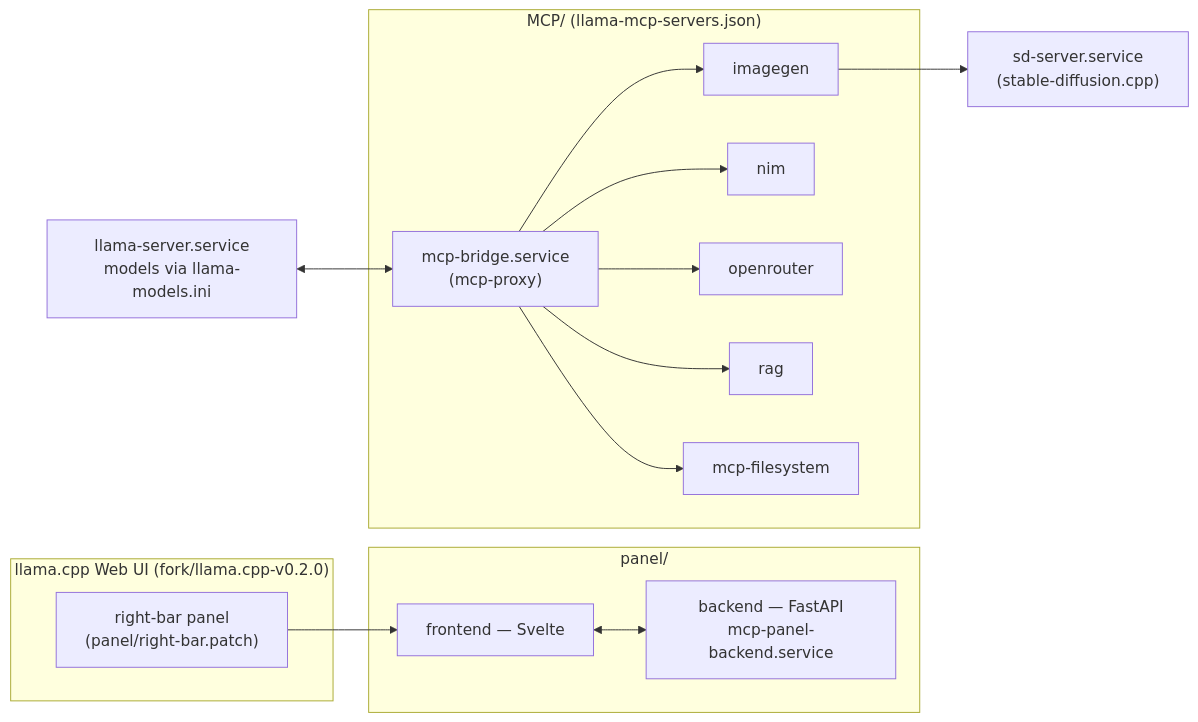
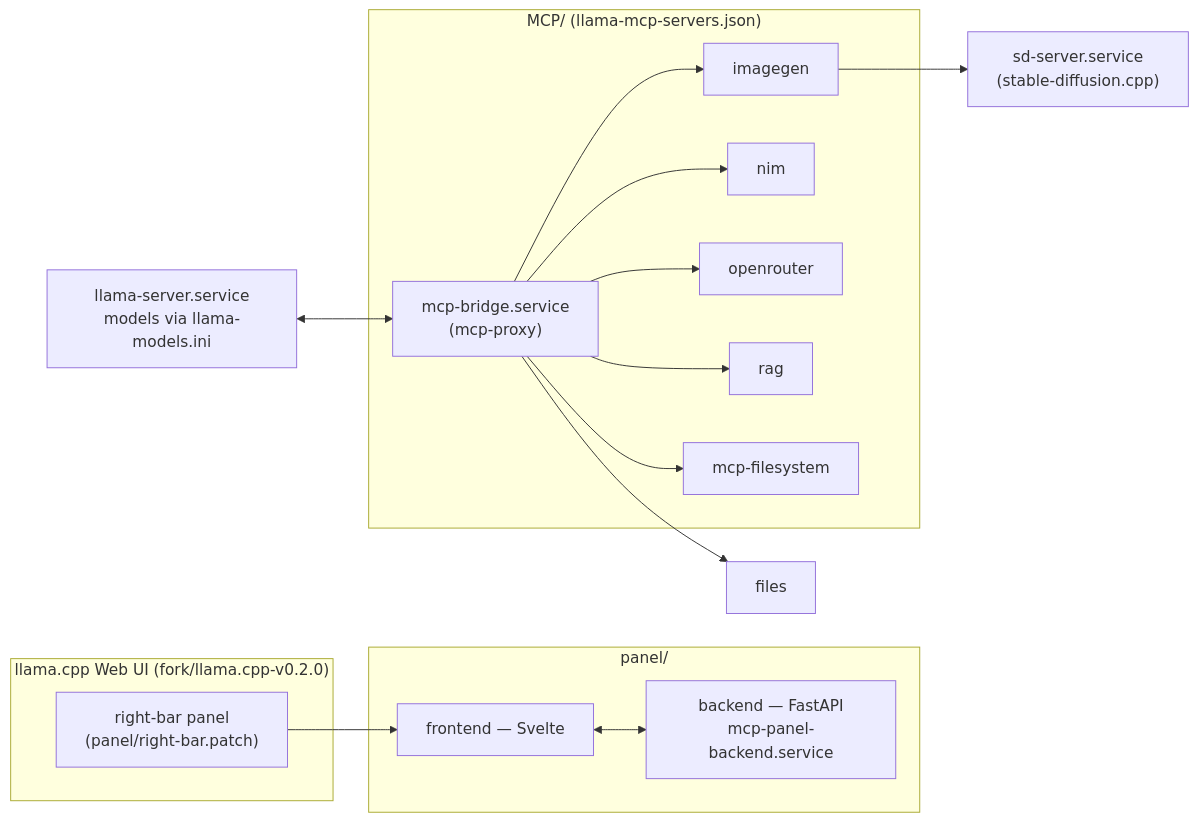
One commit to MmuradC/llama-cpp-integrations changed the diagram in README.md. Above: the diagram before and after it, drawn with Mermaid. The commit also changed other lines of this file and 15 other files, not shown here.

````diff
--- a/README.md
+++ b/README.md
@@ -15,29 +15,29 @@
 ```mermaid
 flowchart LR
     subgraph webui["llama.cpp Web UI  (fork/llama.cpp-v0.2.0)"]
         rightbar["right-bar panel\n(panel/right-bar.patch)"]
     end
 
     subgraph panel["panel/"]
         panelfe["frontend — Svelte"]
         panelbe["backend — FastAPI\nmcp-panel-backend.service"]
     end
 
     subgraph mcp["MCP/  (llama-mcp-servers.json)"]
         bridge["mcp-bridge.service\n(mcp-proxy)"]
         imagegen["imagegen"]
         nim["nim"]
         openrouter["openrouter"]
         rag["rag"]
         fs["mcp-filesystem"]
     end
 
     llama["llama-server.service\nmodels via llama-models.ini"]
     sd["sd-server.service\n(stable-diffusion.cpp)"]
 
     rightbar --> panelfe
     panelfe <--> panelbe
     llama <--> bridge
-    bridge --> imagegen & nim & openrouter & rag & fs
+    bridge --> imagegen & nim & openrouter & rag & files & fs
     imagegen --> sd
 ```
````
